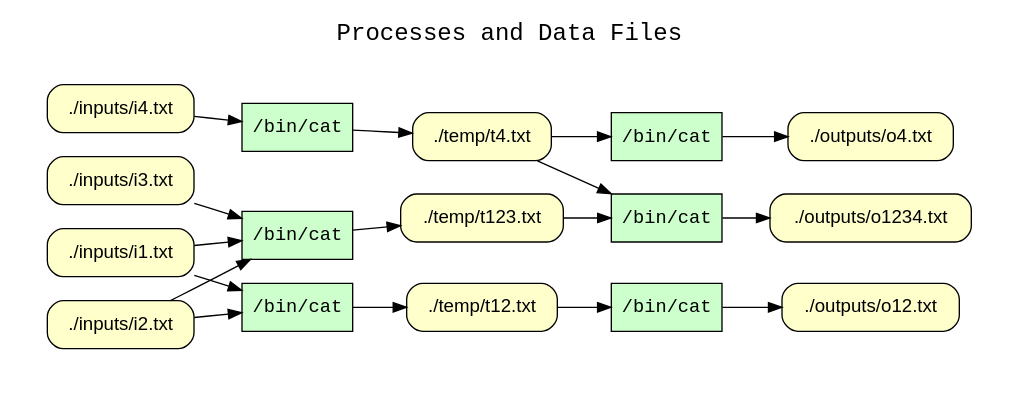
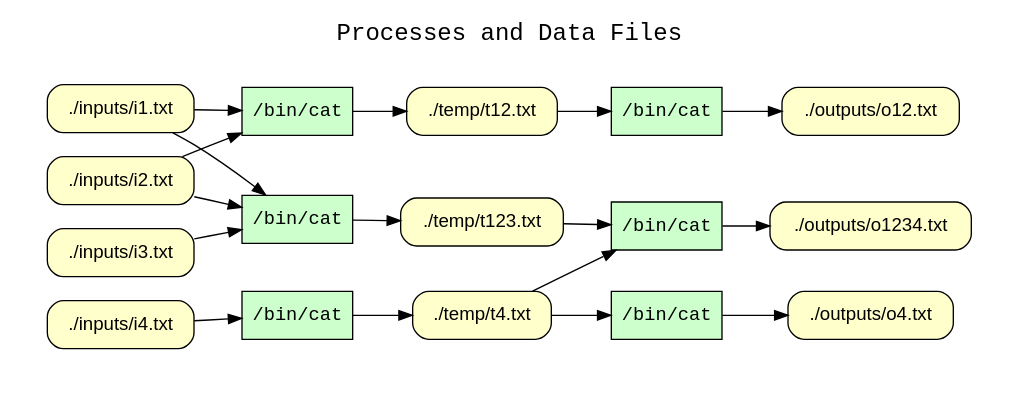
One commit to CIRSS/cpr changed the diagram in examples/08-branched-pipeline/graphs.d/wt_processes_and_data_files.dot. Above: the diagram before and after it, drawn with Graphviz. The commit also changed 45 other files, not shown here.

```diff
--- a/examples/08-branched-pipeline/graphs.d/wt_processes_and_data_files.dot
+++ b/examples/08-branched-pipeline/graphs.d/wt_processes_and_data_files.dot
@@ -1,43 +1,43 @@
 
 digraph wt_run {
 rankdir=LR
 fontname=Courier; fontsize=18; labelloc=t
 label="Processes and Data Files"
 subgraph cluster_inputs { label=""; color=white; penwidth=0
 subgraph cluster_inputs_inner { label=""; color=white
 node[shape=box style="filled" fillcolor="#CCFFCC" peripheries=1 fontname=Courier]
 "exe:e7" [label="/bin/cat"]
 "exe:e6" [label="/bin/cat"]
 "exe:e5" [label="/bin/cat"]
 "exe:e4" [label="/bin/cat"]
 "exe:e3" [label="/bin/cat"]
 "exe:e2" [label="/bin/cat"]
 node[shape=box style="rounded,filled" fillcolor="#FFFFCC" peripheries=1 fontname=Helvetica]
-"access:i11" [label="./temp/t12.txt"]
-"access:i23" [label="./outputs/o12.txt"]
-"access:i25" [label="./outputs/o4.txt"]
-"access:i17" [label="./inputs/i1.txt"]
-"access:i20" [label="./inputs/i3.txt"]
-"access:i18" [label="./inputs/i2.txt"]
-"access:i21" [label="./temp/t4.txt"]
-"access:i24" [label="./outputs/o1234.txt"]
-"access:i19" [label="./temp/t123.txt"]
-"access:i22" [label="./inputs/i4.txt"]
-"exe:e7" -> "access:i25"
-"exe:e6" -> "access:i24"
-"exe:e5" -> "access:i23"
-"exe:e4" -> "access:i21"
-"exe:e3" -> "access:i19"
-"exe:e2" -> "access:i11"
-"access:i21" -> "exe:e7"
+"access:i15" [label="./inputs/i1.txt"]
+"access:i23" [label="./outputs/o4.txt"]
+"access:i10" [label="./temp/t12.txt"]
+"access:i16" [label="./inputs/i2.txt"]
+"access:i19" [label="./temp/t4.txt"]
+"access:i17" [label="./temp/t123.txt"]
+"access:i22" [label="./outputs/o1234.txt"]
+"access:i20" [label="./inputs/i4.txt"]
+"access:i21" [label="./outputs/o12.txt"]
+"access:i18" [label="./inputs/i3.txt"]
+"exe:e7" -> "access:i23"
+"exe:e6" -> "access:i22"
+"exe:e5" -> "access:i21"
+"exe:e4" -> "access:i19"
+"exe:e3" -> "access:i17"
+"exe:e2" -> "access:i10"
+"access:i19" -> "exe:e7"
+"access:i17" -> "exe:e6"
 "access:i19" -> "exe:e6"
-"access:i21" -> "exe:e6"
-"access:i11" -> "exe:e5"
-"access:i22" -> "exe:e4"
-"access:i17" -> "exe:e3"
+"access:i10" -> "exe:e5"
+"access:i20" -> "exe:e4"
+"access:i15" -> "exe:e3"
+"access:i16" -> "exe:e3"
 "access:i18" -> "exe:e3"
-"access:i20" -> "exe:e3"
-"access:i17" -> "exe:e2"
-"access:i18" -> "exe:e2"
+"access:i15" -> "exe:e2"
+"access:i16" -> "exe:e2"
 }}
 }
```
